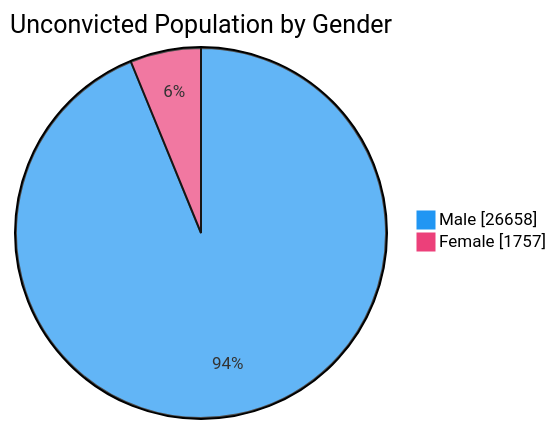
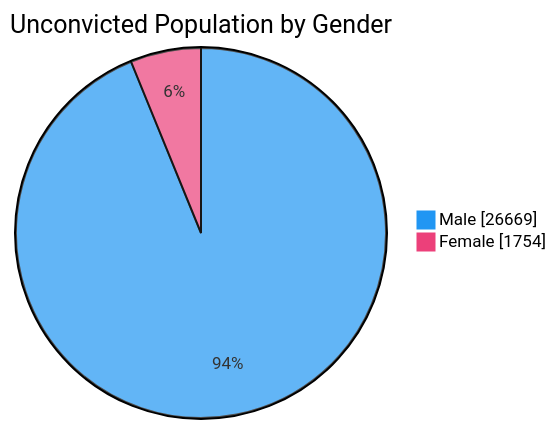
The fourth of 7 diagrams in README.md (nuuuwan/lk_prisons), drawn with Mermaid before and after one commit. The commit also changed other lines of this file and 1 other file, not shown here.

````diff
--- a/README.md
+++ b/README.md
@@ -76,6 +76,6 @@
 ```mermaid
 %%{init: {'themeVariables': {'pie1': '#2196F3', 'pie2': '#EC407A'}}}%%
 pie showData title Unconvicted Population by Gender
-    "Male" : 26658
-    "Female" : 1757
+    "Male" : 26669
+    "Female" : 1754
 ```
````
